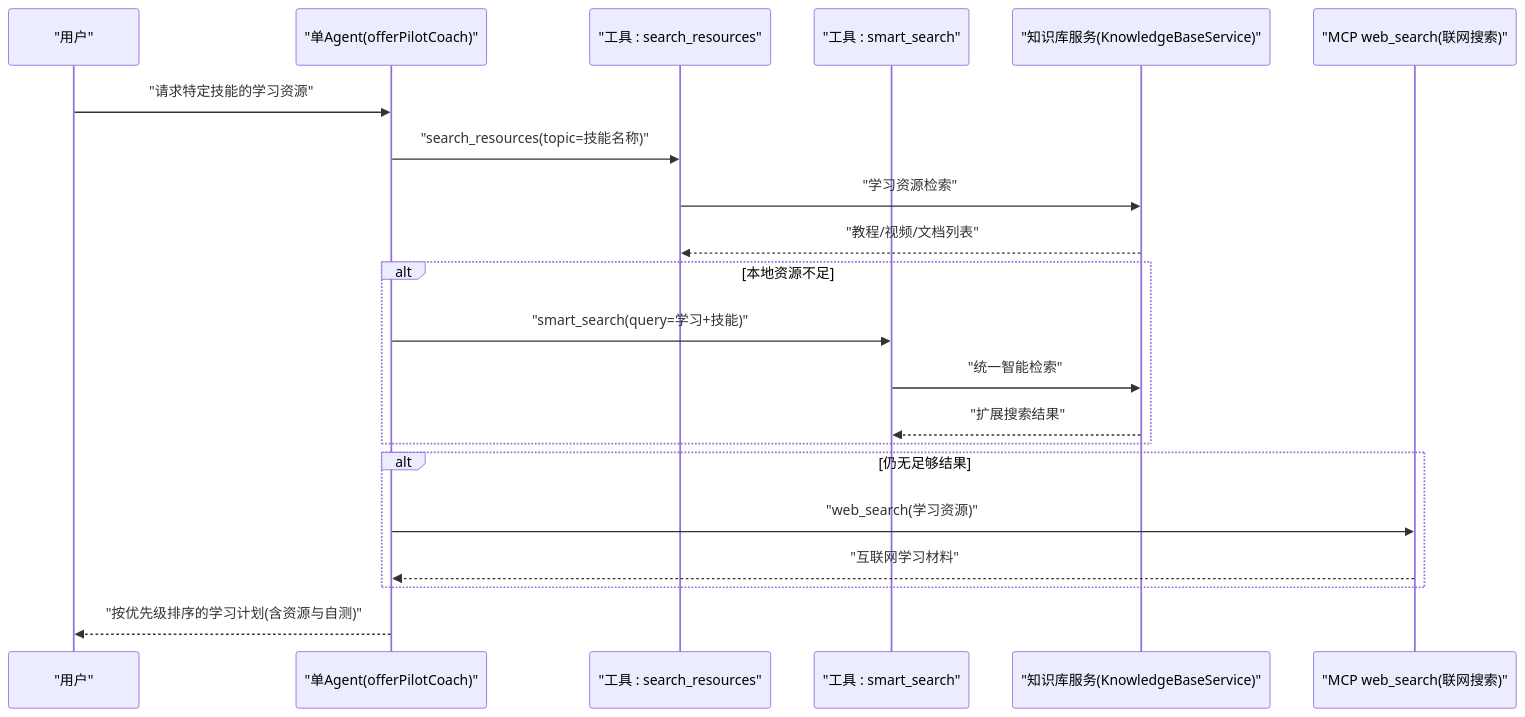
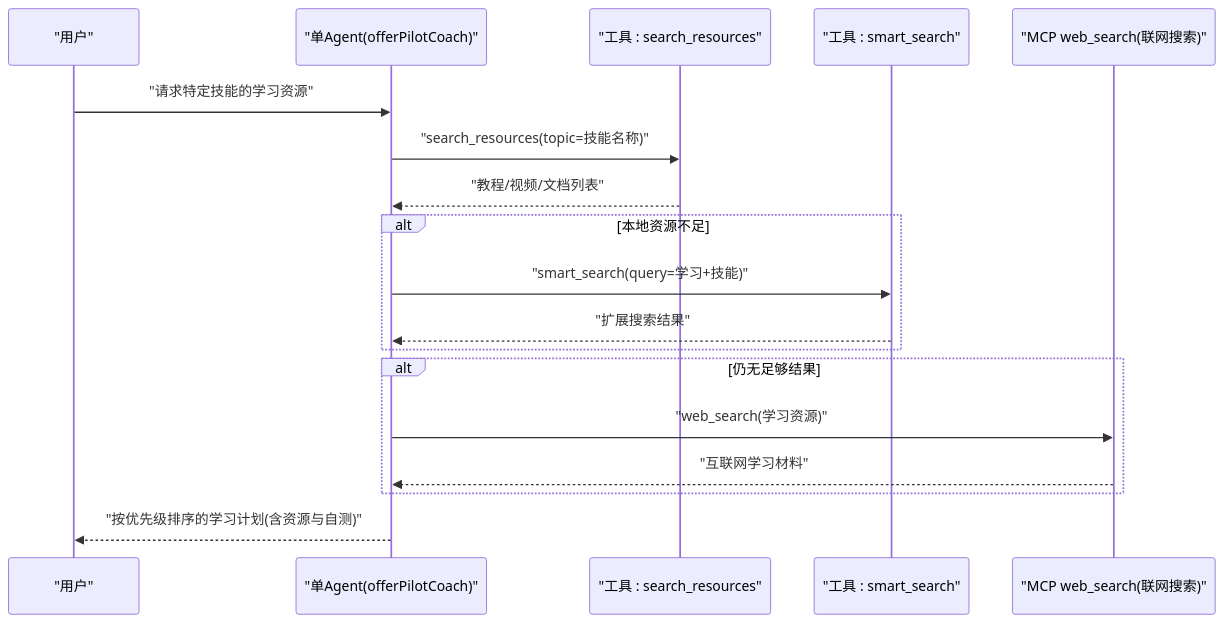
One commit to Miss-zhi/OfferPilot changed the fifth of 5 diagrams in .qoder/repowiki/zh/content/六大核心求职环节 Agent 交互时序.md. Above: the diagram before and after it, drawn with Mermaid. The commit also changed other lines of this file and 28 other files, not shown here.

````diff
--- a/.qoder/repowiki/zh/content/六大核心求职环节 Agent 交互时序.md
+++ b/.qoder/repowiki/zh/content/六大核心求职环节 Agent 交互时序.md
@@ -180,23 +168,20 @@
 ```mermaid
 sequenceDiagram
 participant U as "用户"
 participant A as "单Agent(offerPilotCoach)"
 participant RS as "工具 : search_resources"
 participant SS as "工具 : smart_search"
-participant KB as "知识库服务(KnowledgeBaseService)"
 participant MCP as "MCP web_search(联网搜索)"
 U->>A : "请求特定技能的学习资源"
 A->>RS : "search_resources(topic=技能名称)"
-RS->>KB : "学习资源检索"
-KB-->>RS : "教程/视频/文档列表"
+RS-->>A : "教程/视频/文档列表"
 alt 本地资源不足
 A->>SS : "smart_search(query=学习+技能)"
-SS->>KB : "统一智能检索"
-KB-->>SS : "扩展搜索结果"
+SS-->>A : "扩展搜索结果"
 end
 alt 仍无足够结果
 A->>MCP : "web_search(学习资源)"
 MCP-->>A : "互联网学习材料"
 end
 A-->>U : "按优先级排序的学习计划(含资源与自测)"
 ```
````
